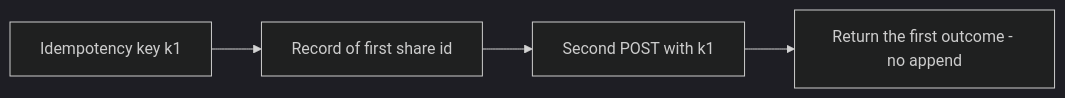
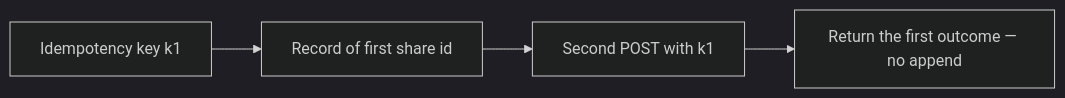
Before and after one commit to ishitvagoel/LearnSecurity: the second of 2 diagrams in content/modules/2/2.4/lessons/01-property.md, drawn with Mermaid (dark theme). The commit also changed other lines of this file and 7 other files, not shown here.

````diff
--- a/content/modules/2/2.4/lessons/01-property.md
+++ b/content/modules/2/2.4/lessons/01-property.md
@@ -36,6 +35,6 @@
 ```mermaid
 flowchart LR
   Key["Idempotency key k1"] --> Rec["Record of first share id"]
   Rec --> Second["Second POST with k1"]
-  Second --> Replay["Return the first outcome - no append"]
+  Second --> Replay["Return the first outcome — no append"]
 ```
````
